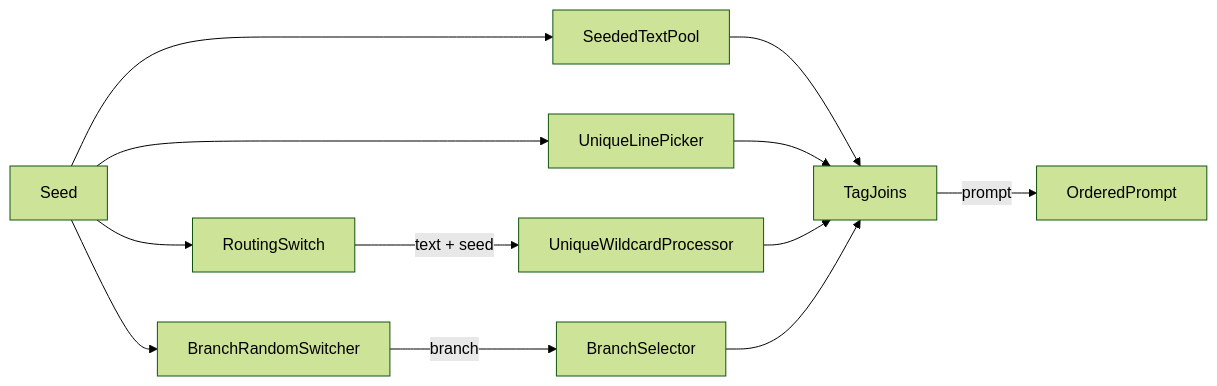
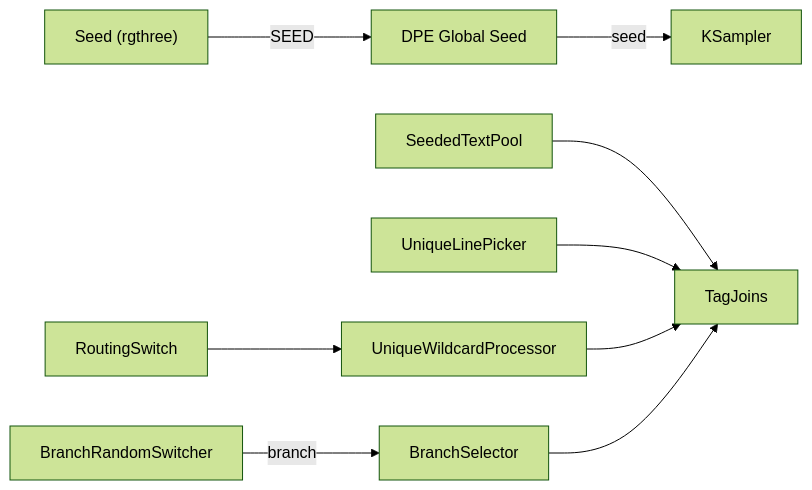
The diagram in README.md (Cueuler/dynamic_prompt_engine), drawn with Mermaid (forest theme) before and after one commit. The commit also changed other lines of this file and 13 other files, not shown here.

First line of the commit message:
Add DPE Global Seed as the required picker controller.

````diff
--- a/README.md
+++ b/README.md
@@ -31,24 +52,22 @@
 ```mermaid
 flowchart LR
-  seed[Seed]
+  rgthree["Seed (rgthree)"]
+  dpeSeed["DPE Global Seed"]
   rootPool["SeededTextPool"]
   linePicker["UniqueLinePicker"]
   routing[RoutingSwitch]
   wildcard[UniqueWildcardProcessor]
   switcher[BranchRandomSwitcher]
   selector[BranchSelector]
   joins[TagJoins]
-  finalPrompt[OrderedPrompt]
+  ksampler[KSampler]
 
-  seed --> rootPool
-  seed --> linePicker
-  seed --> routing
-  seed --> switcher
+  rgthree -->|"SEED"| dpeSeed
+  dpeSeed -->|"seed"| ksampler
   rootPool --> joins
   linePicker --> joins
-  routing -->|"text + seed"| wildcard
+  routing --> wildcard
   wildcard --> joins
   switcher -->|"branch"| selector
   selector --> joins
-  joins -->|"prompt"| finalPrompt
 ```
````
